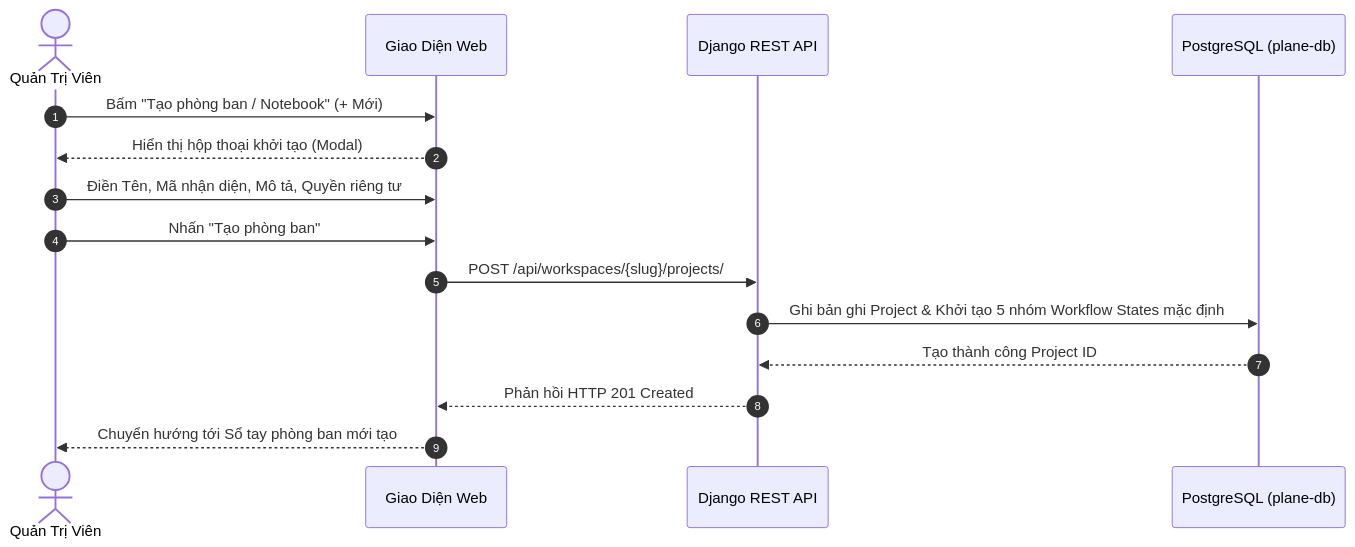
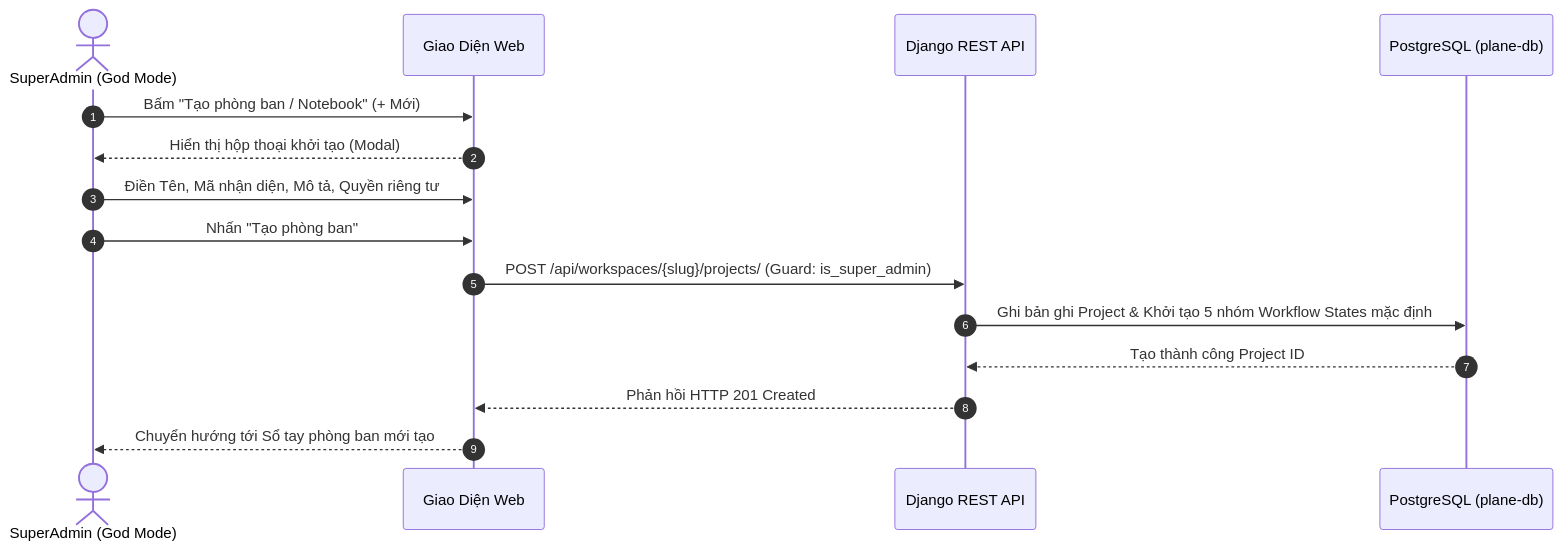
The tenth of 22 diagrams in USER_GUIDE_VI.md (bwpnora/BWP-Notebook-v2), drawn with Mermaid before and after one commit. The commit also changed other lines of this file, not shown here.

````diff
--- a/USER_GUIDE_VI.md
+++ b/USER_GUIDE_VI.md
@@ -957,18 +1042,18 @@
 ```mermaid
 sequenceDiagram
     autonumber
-    actor Admin as Quản Trị Viên
+    actor SA as SuperAdmin (God Mode)
     participant UI as Giao Diện Web
     participant API as Django REST API
     participant DB as PostgreSQL (plane-db)
 
-    Admin->>UI: Bấm "Tạo phòng ban / Notebook" (+ Mới)
-    UI-->>Admin: Hiển thị hộp thoại khởi tạo (Modal)
-    Admin->>UI: Điền Tên, Mã nhận diện, Mô tả, Quyền riêng tư
-    Admin->>UI: Nhấn "Tạo phòng ban"
-    UI->>API: POST /api/workspaces/{slug}/projects/
+    SA->>UI: Bấm "Tạo phòng ban / Notebook" (+ Mới)
+    UI-->>SA: Hiển thị hộp thoại khởi tạo (Modal)
+    SA->>UI: Điền Tên, Mã nhận diện, Mô tả, Quyền riêng tư
+    SA->>UI: Nhấn "Tạo phòng ban"
+    UI->>API: POST /api/workspaces/{slug}/projects/ (Guard: is_super_admin)
     API->>DB: Ghi bản ghi Project & Khởi tạo 5 nhóm Workflow States mặc định
     DB-->>API: Tạo thành công Project ID
     API-->>UI: Phản hồi HTTP 201 Created
-    UI-->>Admin: Chuyển hướng tới Sổ tay phòng ban mới tạo
+    UI-->>SA: Chuyển hướng tới Sổ tay phòng ban mới tạo
 ```
````
